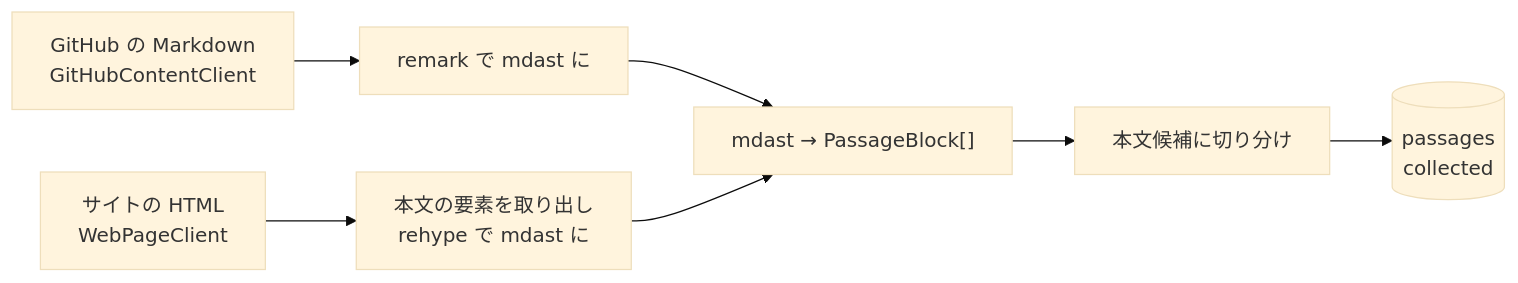
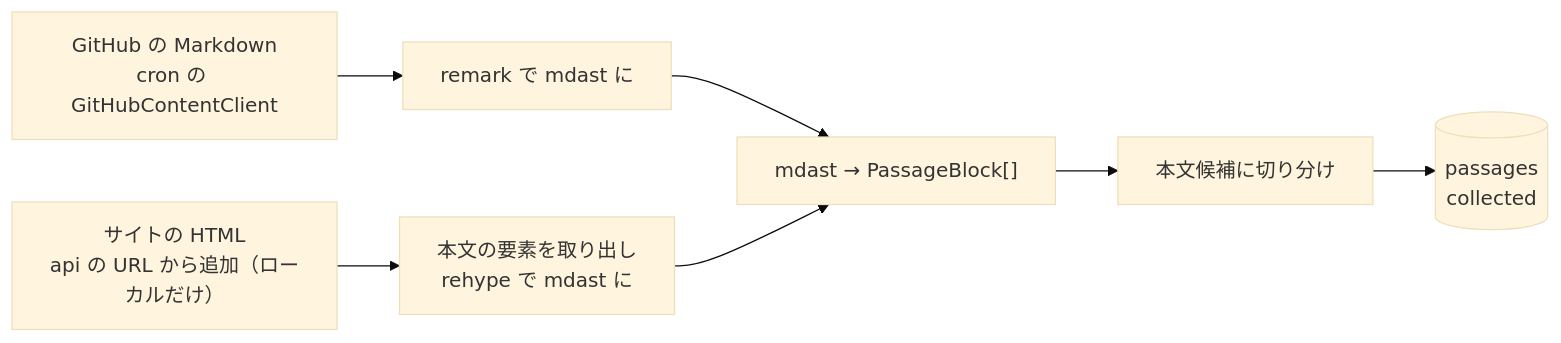
One commit to kentakki416/tech-english changed the first of 4 diagrams in docs/spec/content-collection/README.md. Above: the diagram before and after it, drawn with Mermaid (base theme). The commit also changed other lines of this file and 45 other files, not shown here.

Commit message:
feat(cron): 収集を GitHub のソースだけにし、サイトのクロールの処理と、content-extractor の sitemap・ページのリンクの処理を消す

````diff
--- a/docs/spec/content-collection/README.md
+++ b/docs/spec/content-collection/README.md
@@ -199,14 +196,14 @@
 ```mermaid
 flowchart LR
-    gh["GitHub の Markdown<br/>GitHubContentClient"]
-    web["サイトの HTML<br/>WebPageClient"]
+    gh["GitHub の Markdown<br/>cron の GitHubContentClient"]
+    web["サイトの HTML<br/>api の URL から追加（ローカルだけ）"]
     md["remark で mdast に"]
     html["本文の要素を取り出し<br/>rehype で mdast に"]
     blocks["mdast → PassageBlock[]"]
     split["本文候補に切り分け"]
     db[("passages<br/>collected")]
 
     gh --> md --> blocks
     web --> html --> blocks
     blocks --> split --> db
 ```
````
